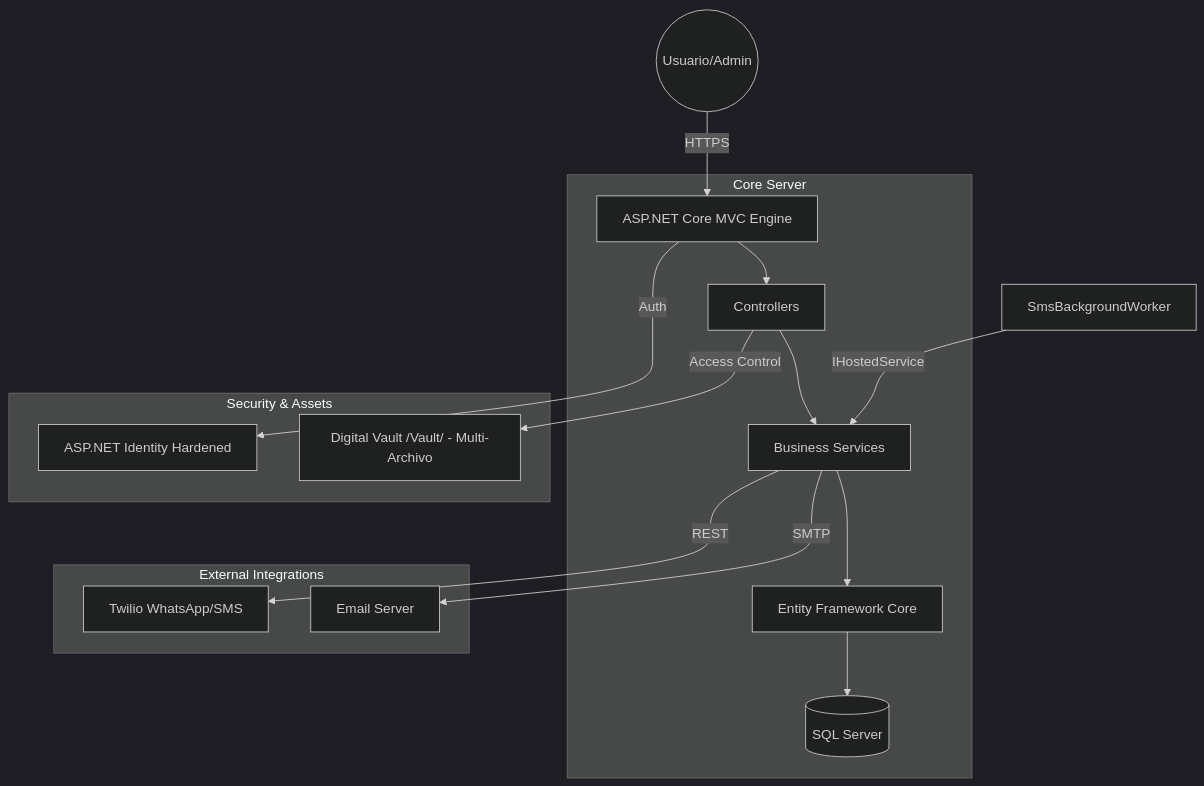
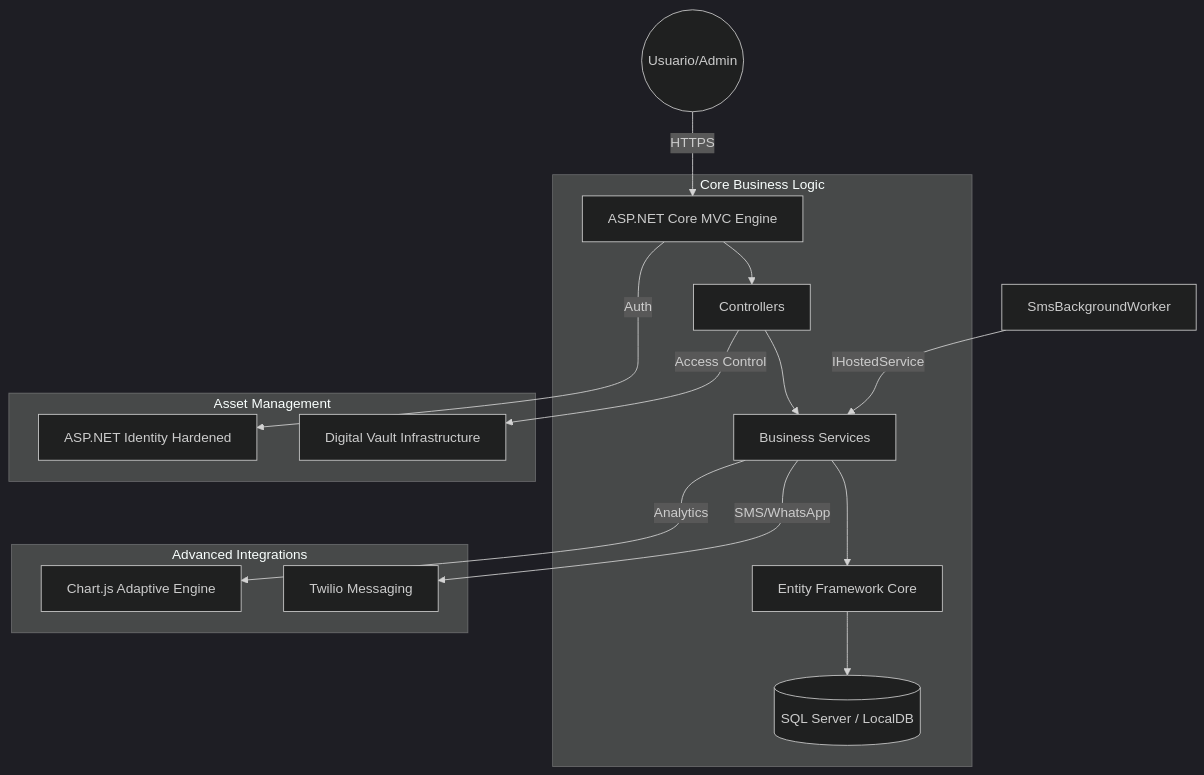
One commit to dagomezpulid/BibliotecaMVC changed the diagram in README.md. Above: the diagram before and after it, drawn with Mermaid (dark theme). The commit also changed other lines of this file, not shown here.

````diff
--- a/README.md
+++ b/README.md
@@ -15,19 +39,19 @@
 ```mermaid
 graph TD
     User((Usuario/Admin)) -->|HTTPS| WebServer[ASP.NET Core MVC Engine]
-    subgraph "Core Server"
+    subgraph "Core Business Logic"
         WebServer --> Controllers[Controllers]
         Controllers --> Services[Business Services]
         Services --> EF[Entity Framework Core]
-        EF --> DB[(SQL Server)]
+        EF --> DB[(SQL Server / LocalDB)]
     end
-    subgraph "External Integrations"
-        Services -->|SMTP| EmailService[Email Server]
-        Services -->|REST| Twilio[Twilio WhatsApp/SMS]
+    subgraph "Advanced Integrations"
+        Services -->|SMS/WhatsApp| Twilio[Twilio Messaging]
+        Services -->|Analytics| Charts[Chart.js Adaptive Engine]
     end
-    subgraph "Security & Assets"
-        Controllers -->|Access Control| Vault[Digital Vault /Vault/ - Multi-Archivo]
+    subgraph "Asset Management"
+        Controllers -->|Access Control| Vault[Digital Vault Infrastructure]
         WebServer -->|Auth| Identity[ASP.NET Identity Hardened]
     end
-    CronWorker[SmsBackgroundWorker] -->|IHostedService| Services
+    Worker[SmsBackgroundWorker] -->|IHostedService| Services
 ```
````
